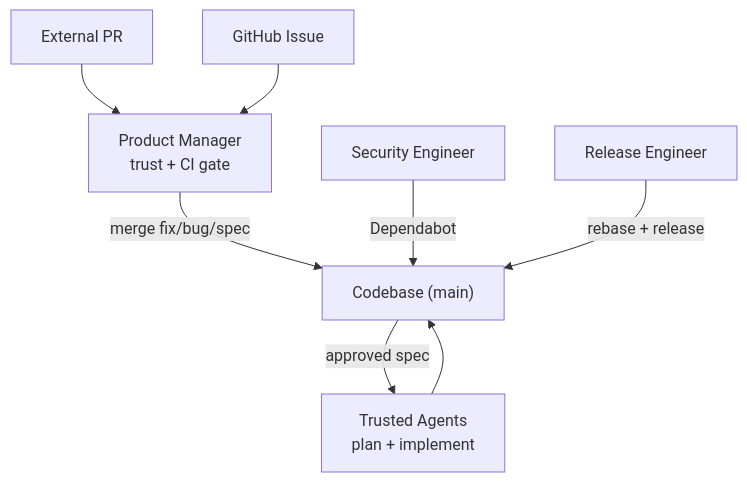
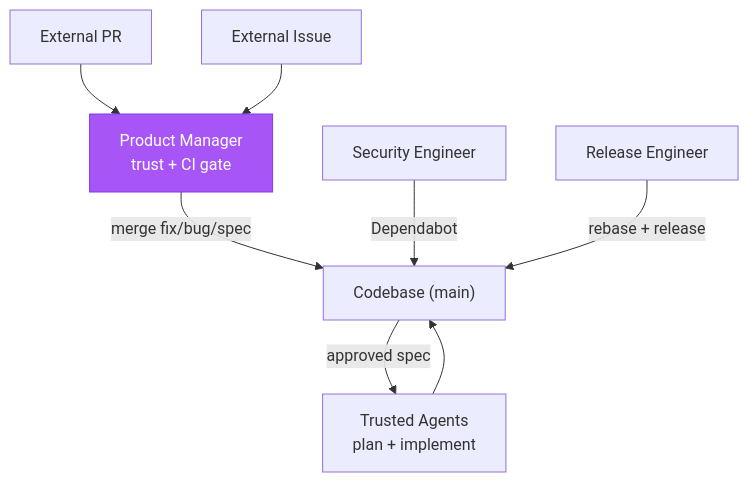
One commit to forwardimpact/pathway changed the third of 3 diagrams in GEMBA.md. Above: the diagram before and after it, drawn with Mermaid. The commit also changed other lines of this file and 3 other files, not shown here.

First line of the commit message:
docs: tighten trust boundary — top-7 gate, external issue label, PM highlight

````diff
--- a/GEMBA.md
+++ b/GEMBA.md
@@ -131,10 +131,11 @@
 ```mermaid
 graph TD
     EXT["External PR"] --> PM["Product Manager<br/>trust + CI gate"]
-    ISS["GitHub Issue"] --> PM
+    ISS["External Issue"] --> PM
     PM -- "merge fix/bug/spec" --> CB["Codebase (main)"]
+    style PM fill:#a855f7,stroke:#7c3aed,color:#fff
     CB -- "approved spec" --> TA["Trusted Agents<br/>plan + implement"]
     TA --> CB
     SE["Security Engineer"] -- "Dependabot" --> CB
     RE["Release Engineer"] -- "rebase + release" --> CB
 ```
````
